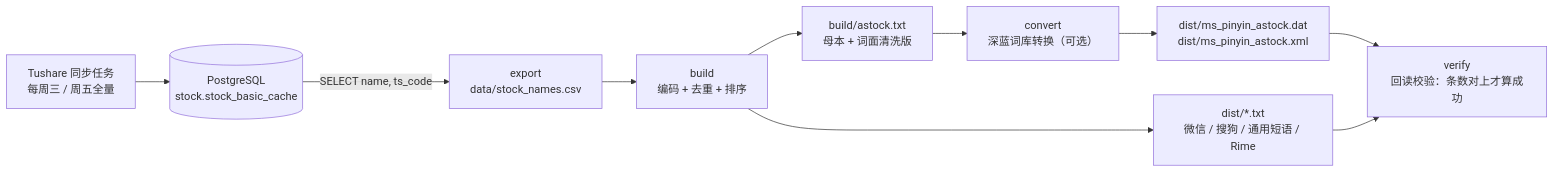
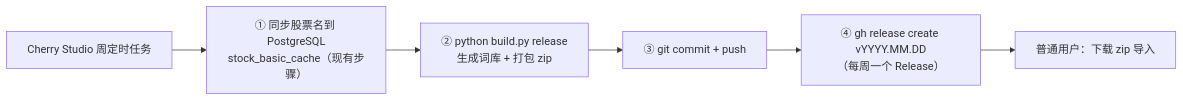
One commit to jcone211/astock-ime changed the diagram in README.md. Above: the diagram before and after it, drawn with Mermaid. The commit also changed other lines of this file and 9 other files, not shown here.

````diff
--- a/README.md
+++ b/README.md
@@ -72,12 +36,8 @@
 ```mermaid
 flowchart LR
-    TS["Tushare 同步任务<br/>每周三 / 周五全量"] --> DB[("PostgreSQL<br/>stock.stock_basic_cache")]
-    DB -->|"SELECT name, ts_code"| EX["export<br/>data/stock_names.csv"]
-    EX --> BU["build<br/>编码 + 去重 + 排序"]
-    BU --> M1["build/astock.txt<br/>母本 + 词面清洗版"]
-    BU --> TXT["dist/*.txt<br/>微信 / 搜狗 / 通用短语 / Rime"]
-    M1 --> IME["convert<br/>深蓝词库转换（可选）"]
-    IME --> BIN["dist/ms_pinyin_astock.dat<br/>dist/ms_pinyin_astock.xml"]
-    BIN --> CHK["verify<br/>回读校验：条数对上才算成功"]
-    TXT --> CHK
+    A["Cherry Studio 周定时任务"] --> B["① 同步股票名到 PostgreSQL<br/>stock_basic_cache（现有步骤）"]
+    B --> C["② python build.py release<br/>生成词库 + 打包 zip"]
+    C --> D["③ git commit + push"]
+    D --> E["④ gh release create vYYYY.MM.DD<br/>（每周一个 Release）"]
+    E --> F["普通用户：下载 zip 导入"]
 ```
````
